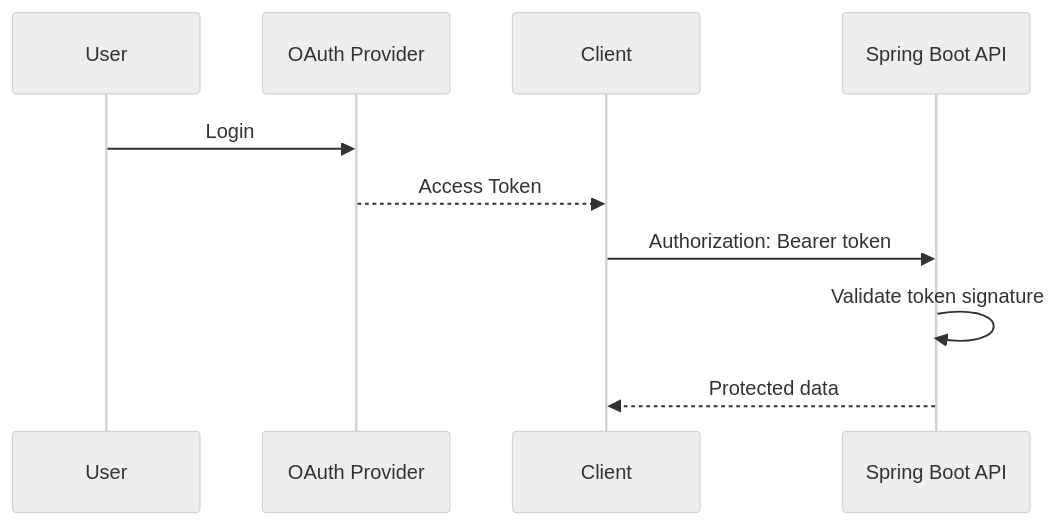
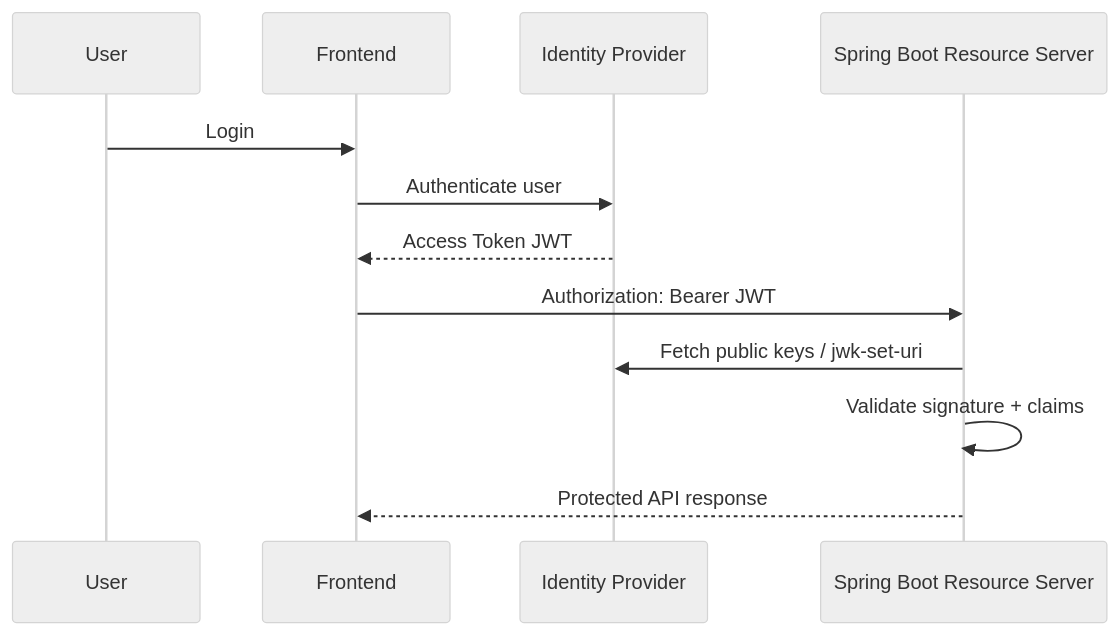
The tenth of 19 diagrams in HLD_NOTES/003_TECHNOLOGY_DEEP_DIVE/spring_boot_auth_authz_visual_reference.md (mthaiseer/springcloud-systemdesign-notes), drawn with Mermaid (neutral theme) before and after one commit. The commit also changed other lines of this file and 19 other files, not shown here.

````diff
--- a/HLD_NOTES/003_TECHNOLOGY_DEEP_DIVE/spring_boot_auth_authz_visual_reference.md
+++ b/HLD_NOTES/003_TECHNOLOGY_DEEP_DIVE/spring_boot_auth_authz_visual_reference.md
@@ -499,13 +835,15 @@
 ```mermaid
 sequenceDiagram
     participant User
-    participant Provider as OAuth Provider
-    participant Client
-    participant API as Spring Boot API
+    participant Frontend
+    participant IdP as Identity Provider
+    participant API as Spring Boot Resource Server
 
-    User->>Provider: Login
-    Provider-->>Client: Access Token
-    Client->>API: Authorization: Bearer token
-    API->>API: Validate token signature
-    API-->>Client: Protected data
+    User->>Frontend: Login
+    Frontend->>IdP: Authenticate user
+    IdP-->>Frontend: Access Token JWT
+    Frontend->>API: Authorization: Bearer JWT
+    API->>IdP: Fetch public keys / jwk-set-uri
+    API->>API: Validate signature + claims
+    API-->>Frontend: Protected API response
 ```
````
